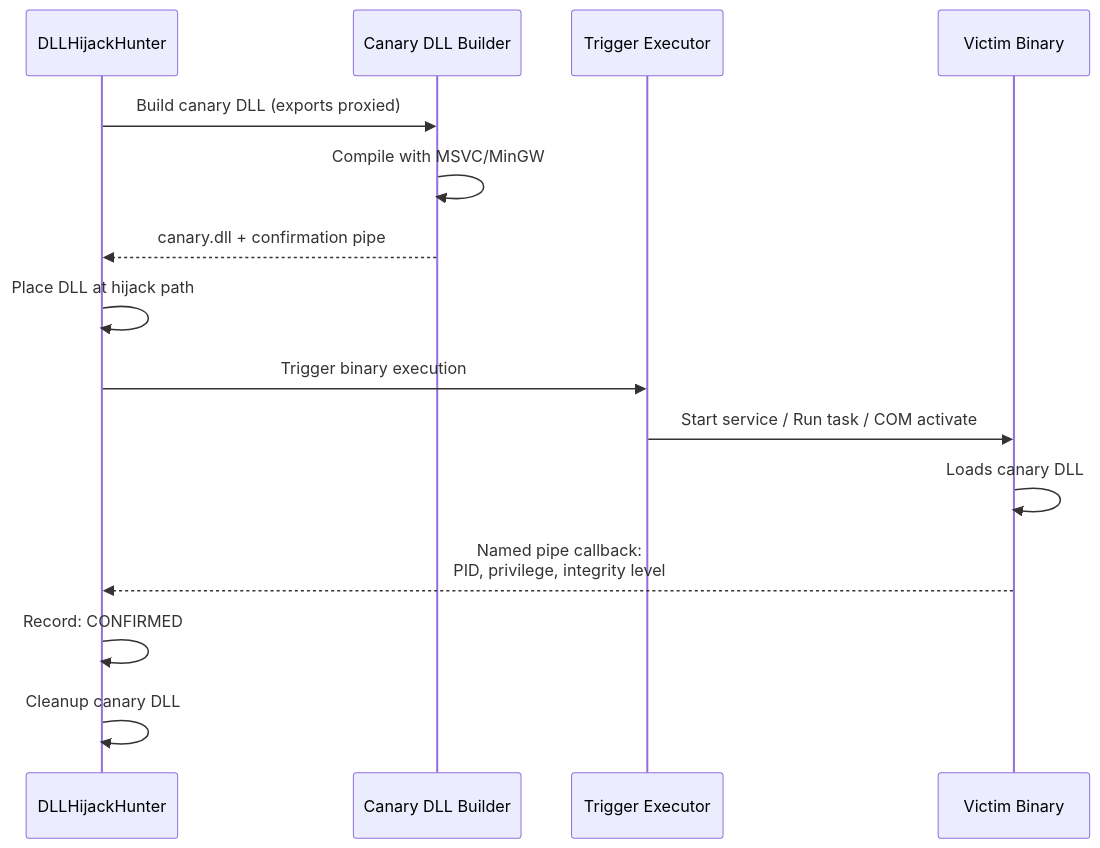
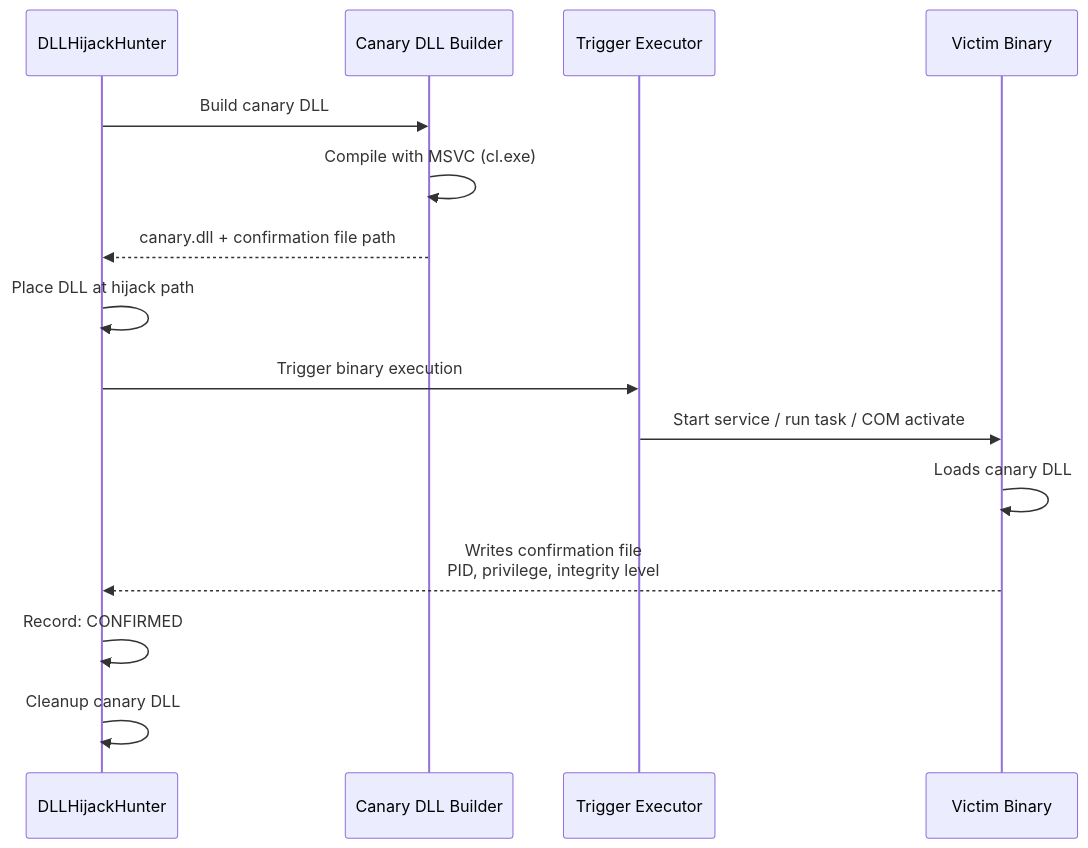
The second of 2 diagrams in README.md (ghostvectoracademy/DLLHijackHunter), drawn with Mermaid before and after one commit. The commit also changed other lines of this file, not shown here.

````diff
--- a/README.md
+++ b/README.md
@@ -131,18 +127,18 @@
 ```mermaid
 sequenceDiagram
     participant H as DLLHijackHunter
     participant B as Canary DLL Builder
     participant T as Trigger Executor
     participant V as Victim Binary
 
-    H->>B: Build canary DLL (exports proxied)
-    B->>B: Compile with MSVC/MinGW
-    B-->>H: canary.dll + confirmation pipe
+    H->>B: Build canary DLL
+    B->>B: Compile with MSVC (cl.exe)
+    B-->>H: canary.dll + confirmation file path
     H->>H: Place DLL at hijack path
     H->>T: Trigger binary execution
-    T->>V: Start service / Run task / COM activate
+    T->>V: Start service / run task / COM activate
     V->>V: Loads canary DLL
-    V-->>H: Named pipe callback:<br/>PID, privilege, integrity level
+    V-->>H: Writes confirmation file<br/>PID, privilege, integrity level
     H->>H: Record: CONFIRMED
     H->>H: Cleanup canary DLL
 ```
````
